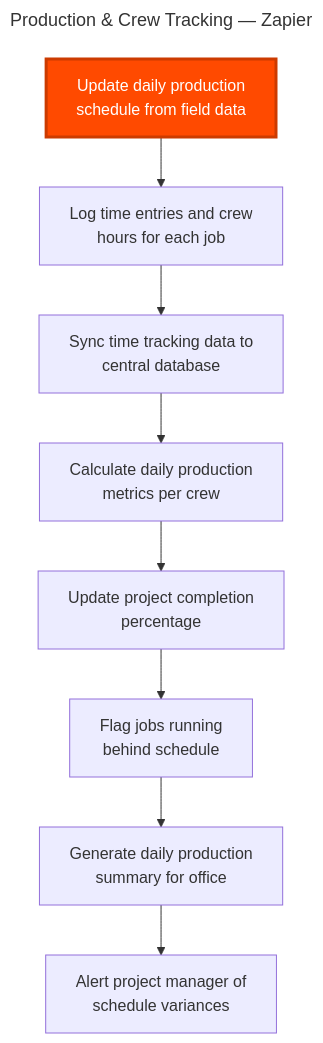
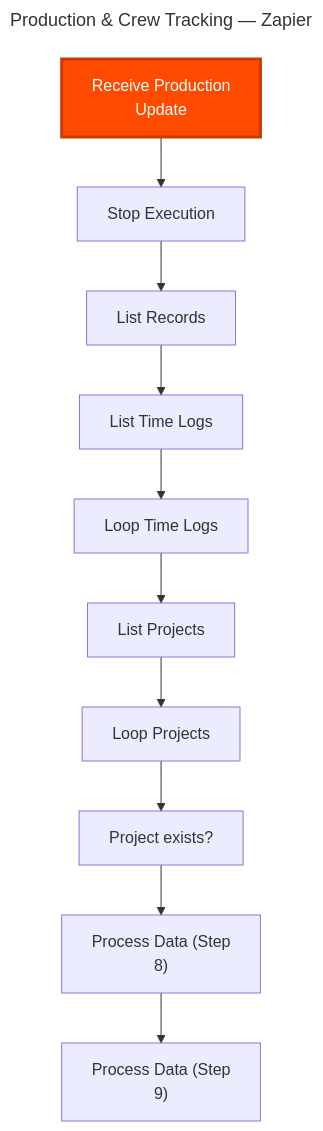
One commit to animaesuriens/home-service-os changed the diagram in linkedin-posts/_pipeline/mermaid/diagrams/production-tracking-zapier.mmd. Above: the diagram before and after it, drawn with Mermaid. The commit also changed 97 other files, not shown here.

First line of the commit message:
feat(15-02): update word count validation to 400-700, fix npm scripts, regenerate 42 diagrams

```diff
--- a/linkedin-posts/_pipeline/mermaid/diagrams/production-tracking-zapier.mmd
+++ b/linkedin-posts/_pipeline/mermaid/diagrams/production-tracking-zapier.mmd
@@ -1,16 +1,18 @@
 ---
 title: Production & Crew Tracking — Zapier
 ---
 flowchart TD
-    T["Update daily production\nschedule from field data"]:::trigger
-    A1["Log time entries and crew\nhours for each job"]
-    A2["Sync time tracking data to\ncentral database"]
-    A3["Calculate daily production\nmetrics per crew"]
-    A4["Update project completion\npercentage"]
-    A5["Flag jobs running\nbehind schedule"]
-    A6["Generate daily production\nsummary for office"]
-    A7["Alert project manager of\nschedule variances"]
+    T["Receive Production\nUpdate"]:::trigger
+    A1["Stop Execution"]
+    A2["List Records"]
+    A3["List Time Logs"]
+    A4["Loop Time Logs"]
+    A5["List Projects"]
+    A6["Loop Projects"]
+    A7["Project exists?"]
+    A8["Process Data (Step\n8)"]
+    A9["Process Data (Step\n9)"]
 
-    T --> A1 --> A2 --> A3 --> A4 --> A5 --> A6 --> A7
+    T --> A1 --> A2 --> A3 --> A4 --> A5 --> A6 --> A7 --> A8 --> A9
 
     classDef trigger fill:#FF4A00,stroke:#cc3b00,stroke-width:3px,color:#fff
```
